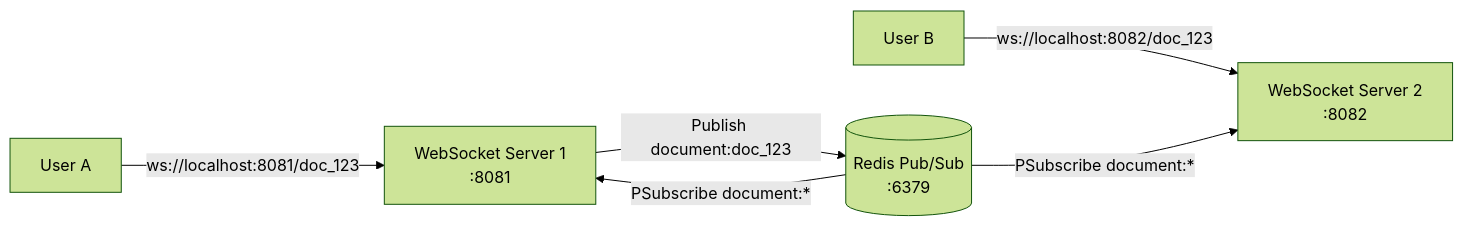
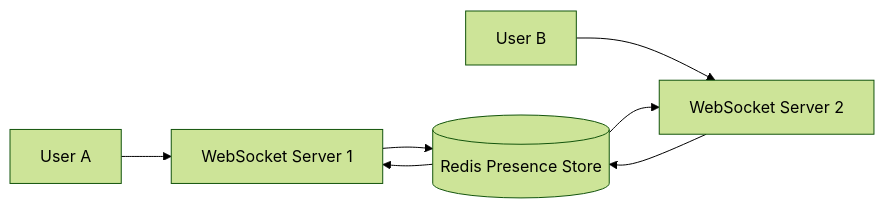
The first of 2 diagrams in ARCHITECTURE.md (anshgoyal05/collabflow), drawn with Mermaid (forest theme) before and after one commit. The commit also changed other lines of this file and 14 other files, not shown here.

Commit message:
feat: implement Week 3 real-time presence system with Redis Sorted Sets, Hashes, and TTL keys

````diff
--- a/ARCHITECTURE.md
+++ b/ARCHITECTURE.md
@@ -9,18 +9,20 @@
 ```mermaid
 flowchart LR
 
-A[User A]
-B[User B]
+UserA[User A]
+UserB[User B]
 
-S1[WebSocket Server 1\n:8081]
-S2[WebSocket Server 2\n:8082]
+WS1[WebSocket Server 1]
+WS2[WebSocket Server 2]
 
-R[(Redis Pub/Sub\n:6379)]
+Redis[(Redis Presence Store)]
 
-A -->|ws://localhost:8081/doc_123| S1
-B -->|ws://localhost:8082/doc_123| S2
+UserA --> WS1
+UserB --> WS2
 
-S1 -->|Publish document:doc_123| R
-R -->|PSubscribe document:*| S2
-R -->|PSubscribe document:*| S1
+WS1 --> Redis
+WS2 --> Redis
+
+Redis --> WS1
+Redis --> WS2
 ```
````
